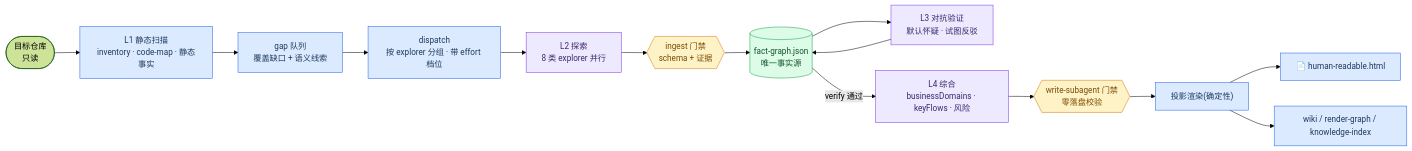
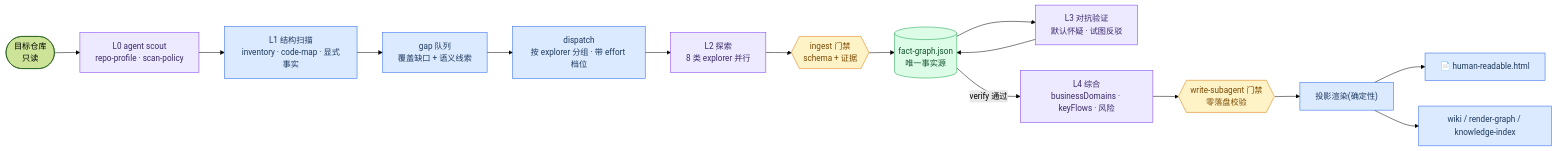
The diagram in README.md (Dylan-Nihilo/agentic-workspace-intelligence-skills), drawn with Mermaid (forest theme) before and after one commit. The commit also changed other lines of this file and 6 other files, not shown here.

Commit message:
docs(skill): document agent-first scout flow

````diff
--- a/README.md
+++ b/README.md
@@ -53,25 +53,26 @@
 ```mermaid
 flowchart LR
-  repo(["目标仓库<br/>只读"]) --> L1["L1 静态扫描<br/>inventory · code-map · 静态事实"]
+  repo(["目标仓库<br/>只读"]) --> L0["L0 agent scout<br/>repo-profile · scan-policy"]
+  L0 --> L1["L1 结构扫描<br/>inventory · code-map · 显式事实"]
   L1 --> Q["gap 队列<br/>覆盖缺口 + 语义线索"]
   Q --> D["dispatch<br/>按 explorer 分组 · 带 effort 档位"]
   D --> E["L2 探索<br/>8 类 explorer 并行"]
   E --> G1{{"ingest 门禁<br/>schema + 证据"}}
   G1 --> FG[("fact-graph.json<br/>唯一事实源")]
   FG --> V["L3 对抗验证<br/>默认怀疑 · 试图反驳"]
   V --> FG
   FG -->|"verify 通过"| S["L4 综合<br/>businessDomains · keyFlows · 风险"]
   S --> G2{{"write-subagent 门禁<br/>零落盘校验"}}
   G2 --> P["投影渲染(确定性)"]
   P --> H["📄 human-readable.html"]
   P --> W["wiki / render-graph / knowledge-index"]
 
   classDef det fill:#dbeafe,stroke:#2563eb,color:#1e3a5f
   classDef llm fill:#ede9fe,stroke:#7c3aed,color:#3b2a6b
   classDef gate fill:#fef3c7,stroke:#d97706,color:#7c4a03
   classDef truth fill:#dcfce7,stroke:#16a34a,color:#14532d
   class L1,Q,D,P,H,W det
-  class E,V,S llm
+  class L0,E,V,S llm
   class G1,G2 gate
   class FG truth
 ```
````
